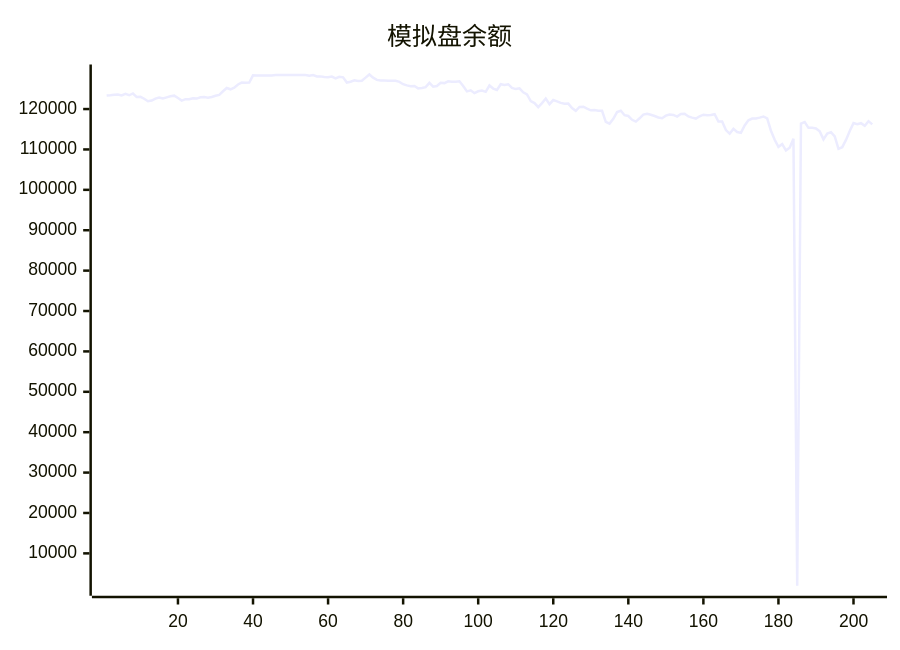
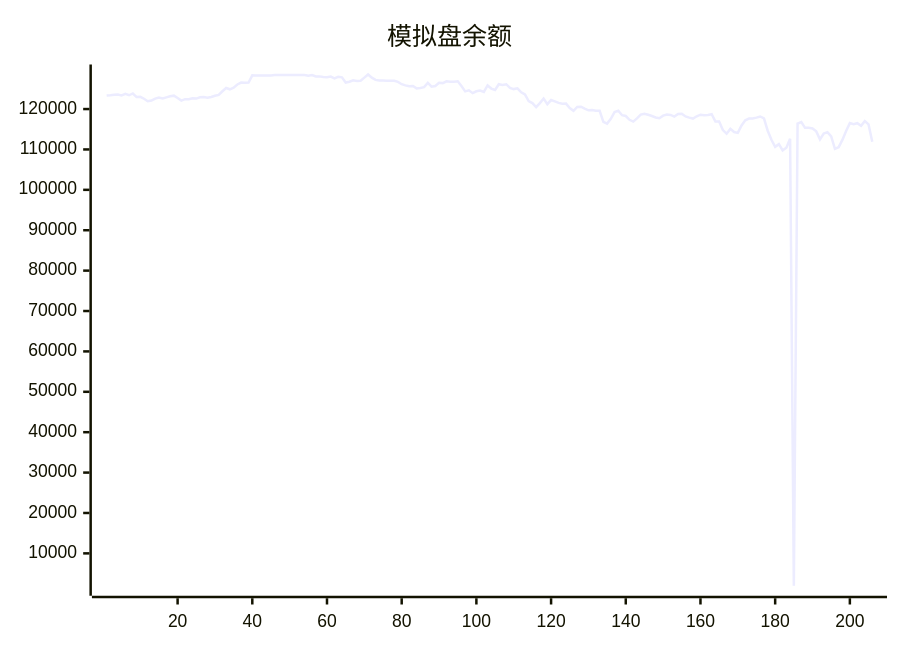
One commit to aahl/ai-trading changed the diagram in README.md. Above: the diagram before and after it, drawn with Mermaid. The commit also changed other lines of this file and 1 other file, not shown here.

````diff
--- a/README.md
+++ b/README.md
@@ -5,5 +5,5 @@
 ```mermaid
 xychart
     title "模拟盘余额"
-    line [123338,123402,123530,123592,123378,123745,123413,123853,123009,123040,122557,121938,122095,122599,122856,122597,122898,123160,123319,122719,122087,122454,122416,122685,122592,122907,122961,122776,122981,123295,123507,124403,125224,124894,125303,126088,126544,126534,126549,128335,128318,128318,128318,128318,128318,128424,128424,128424,128424,128424,128424,128424,128424,128424,128247,128412,128062,128087,127917,127901,128026,127611,128000,127850,126572,126770,127100,126971,127029,127783,128554,127765,127224,127064,127044,127009,127025,127004,126738,126152,125871,125635,125707,125117,125217,125420,126480,125545,125715,126511,126424,126856,126764,126788,126890,125710,124381,124632,123936,124402,124574,124256,125833,125070,124739,126154,125966,126145,125213,124943,125143,124157,123604,121959,121476,120476,121470,122610,121201,122221,121889,121522,121332,121344,120232,119559,120513,120577,120108,119680,119777,119572,119568,116839,116392,117573,119250,119585,118469,118277,117338,116897,117706,118628,118849,118579,118280,117926,117735,118373,118639,118544,118136,118798,118819,118162,117874,117649,118215,118601,118463,118517,118713,116911,116899,114798,113887,115084,114313,114091,115934,117221,117658,117658,117883,118164,117693,114632,112403,110644,111313,109777,110444,112673,1984,116419,116772,115355,115355,115198,114476,112510,113954,114276,113223,110151,110561,112361,114562,116522,116265,116500,115845,117000,116199]
+    line [123338,123402,123530,123592,123378,123745,123413,123853,123009,123040,122557,121938,122095,122599,122856,122597,122898,123160,123319,122719,122087,122454,122416,122685,122592,122907,122961,122776,122981,123295,123507,124403,125224,124894,125303,126088,126544,126534,126549,128335,128318,128318,128318,128318,128318,128424,128424,128424,128424,128424,128424,128424,128424,128424,128247,128412,128062,128087,127917,127901,128026,127611,128000,127850,126572,126770,127100,126971,127029,127783,128554,127765,127224,127064,127044,127009,127025,127004,126738,126152,125871,125635,125707,125117,125217,125420,126480,125545,125715,126511,126424,126856,126764,126788,126890,125710,124381,124632,123936,124402,124574,124256,125833,125070,124739,126154,125966,126145,125213,124943,125143,124157,123604,121959,121476,120476,121470,122610,121201,122221,121889,121522,121332,121344,120232,119559,120513,120577,120108,119680,119777,119572,119568,116839,116392,117573,119250,119585,118469,118277,117338,116897,117706,118628,118849,118579,118280,117926,117735,118373,118639,118544,118136,118798,118819,118162,117874,117649,118215,118601,118463,118517,118713,116911,116899,114798,113887,115084,114313,114091,115934,117221,117658,117658,117883,118164,117693,114632,112403,110644,111313,109777,110444,112673,1984,116419,116772,115355,115355,115198,114476,112510,113954,114276,113223,110151,110561,112361,114562,116522,116265,116500,115845,117000,116199,111887]
 ```
````
